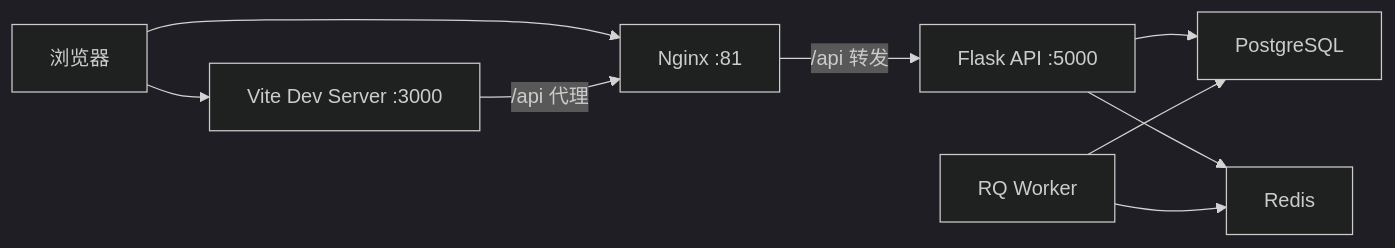
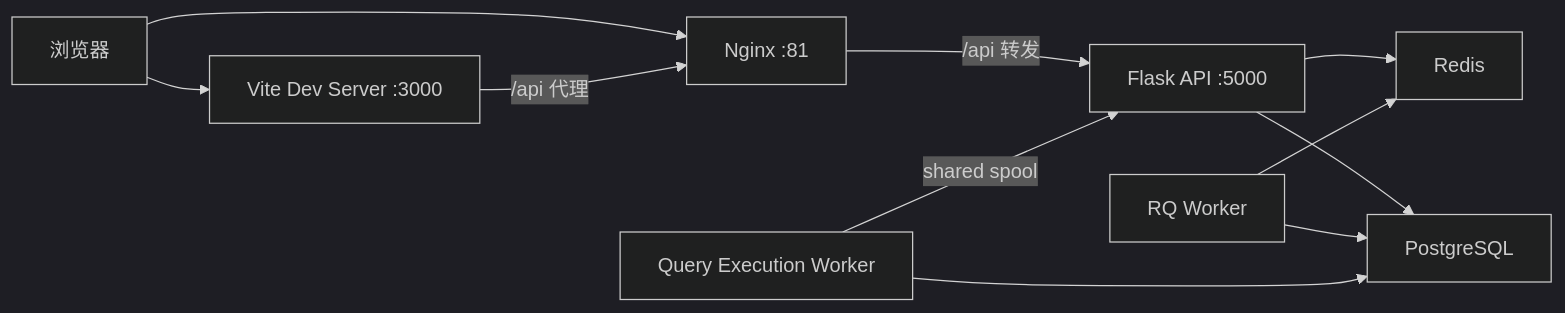
One commit to xza-m/cubic3-data-platform changed the diagram in docs/TECH_STACK_AND_ARCHITECTURE.md. Above: the diagram before and after it, drawn with Mermaid (dark theme). The commit also changed other lines of this file and 11 other files, not shown here.

Commit message:
docs(query-execution): document runtime rollout

````diff
--- a/docs/TECH_STACK_AND_ARCHITECTURE.md
+++ b/docs/TECH_STACK_AND_ARCHITECTURE.md
@@ -27,19 +27,22 @@
 ```mermaid
 graph LR
     Browser["浏览器"]
     Vite["Vite Dev Server :3000"]
     Nginx["Nginx :81"]
     Flask["Flask API :5000"]
     Redis["Redis"]
     Postgres["PostgreSQL"]
     Worker["RQ Worker"]
+    QueryWorker["Query Execution Worker"]
 
     Browser --> Vite
     Browser --> Nginx
     Vite -->|/api 代理| Nginx
     Nginx -->|/api 转发| Flask
     Flask --> Postgres
     Flask --> Redis
     Worker --> Redis
     Worker --> Postgres
+    QueryWorker --> Postgres
+    QueryWorker -->|shared spool| Flask
 ```
````
